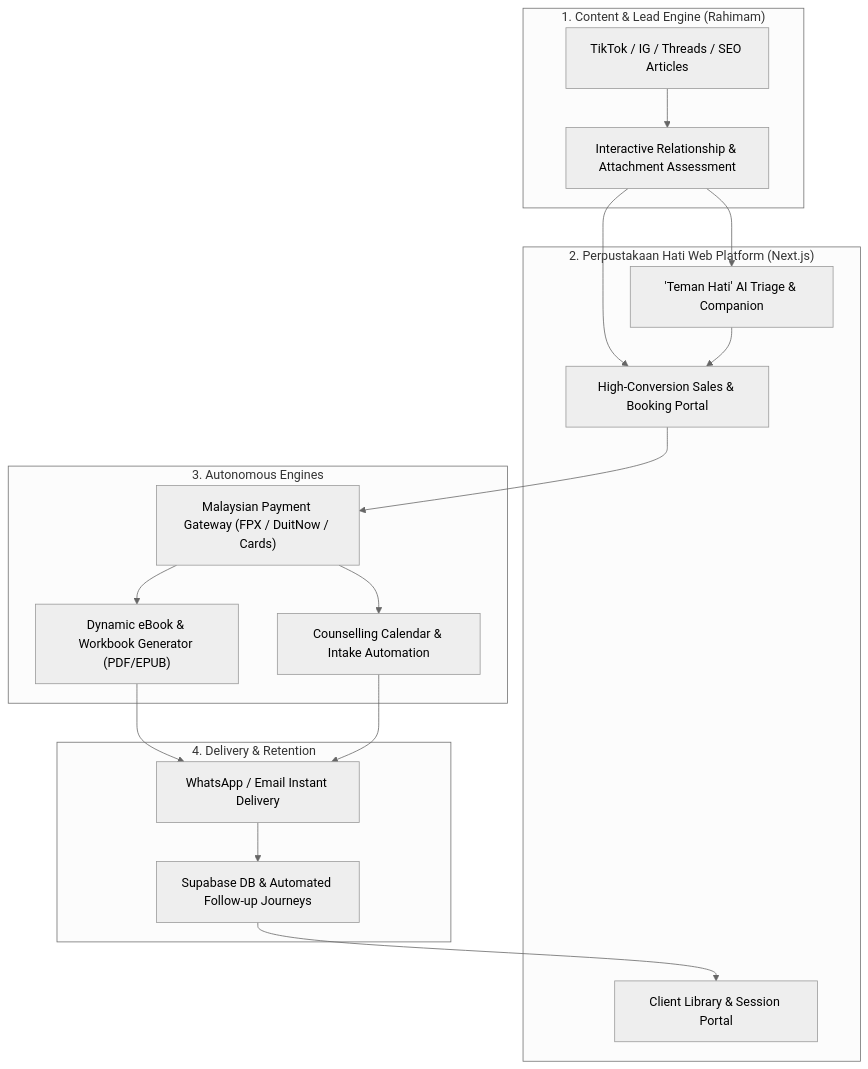
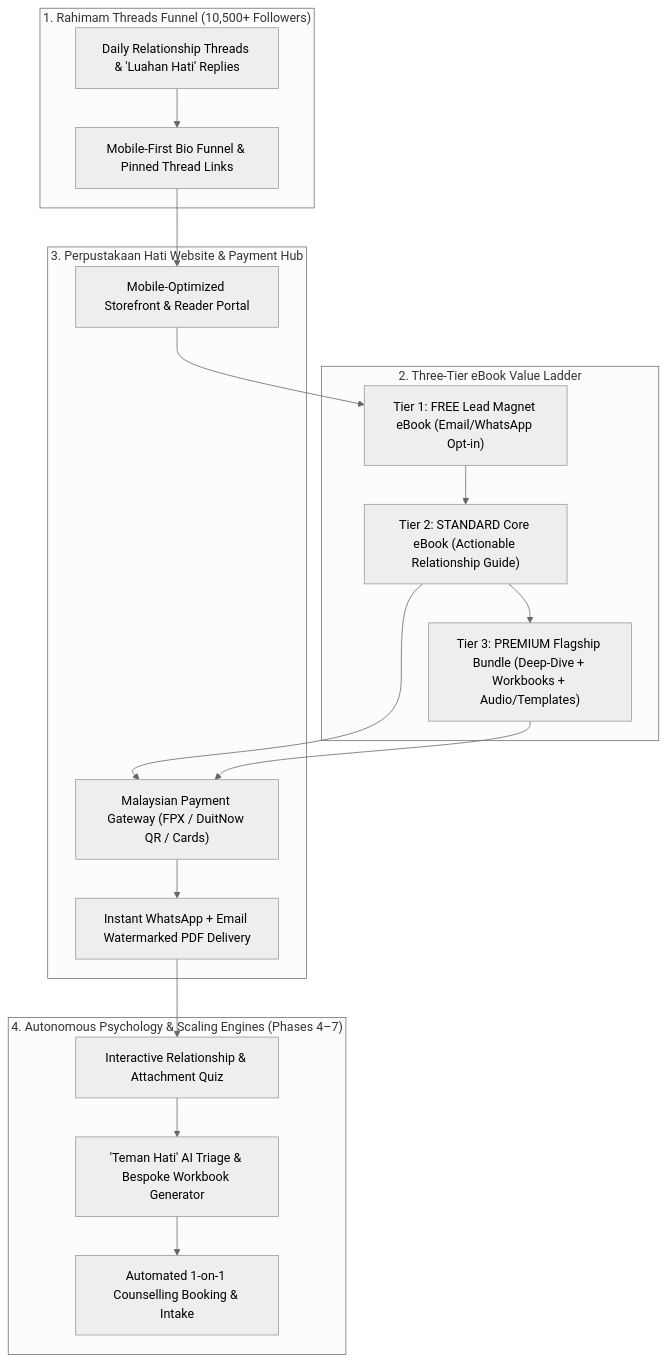
One commit to tradernonymous/perpustakaan_hati changed the diagram in README.md. Above: the diagram before and after it, drawn with Mermaid (neutral theme). The commit also changed other lines of this file, not shown here.

Commit message:
docs(roadmap): refine 7-phase roadmap with 3-tier ebooks and Threads viral events (#2)

````diff
--- a/README.md
+++ b/README.md
@@ -30,36 +34,37 @@
 ```mermaid
 flowchart TD
-    subgraph Acquisition["1. Content & Lead Engine (Rahimam)"]
-        Social["TikTok / IG / Threads / SEO Articles"]
-        Quiz["Interactive Relationship & Attachment Assessment"]
+    subgraph ThreadsEngine["1. Rahimam Threads Funnel (10,500+ Followers)"]
+        ViralThread["Daily Relationship Threads & 'Luahan Hati' Replies"]
+        BioLink["Mobile-First Bio Funnel & Pinned Thread Links"]
     end
 
-    subgraph CorePlatform["2. Perpustakaan Hati Web Platform (Next.js)"]
-        Landing["High-Conversion Sales & Booking Portal"]
-        Chat["'Teman Hati' AI Triage & Companion"]
-        Dashboard["Client Library & Session Portal"]
+    subgraph EbookLadder["2. Three-Tier eBook Value Ladder"]
+        Tier1["Tier 1: FREE Lead Magnet eBook (Email/WhatsApp Opt-in)"]
+        Tier2["Tier 2: STANDARD Core eBook (Actionable Relationship Guide)"]
+        Tier3["Tier 3: PREMIUM Flagship Bundle (Deep-Dive + Workbooks + Audio/Templates)"]
     end
 
-    subgraph Fulfilment["3. Autonomous Engines"]
-        EbookGen["Dynamic eBook & Workbook Generator (PDF/EPUB)"]
-        Booking["Counselling Calendar & Intake Automation"]
-        Payment["Malaysian Payment Gateway (FPX / DuitNow / Cards)"]
+    subgraph WebPlatform["3. Perpustakaan Hati Website & Payment Hub"]
+        Storefront["Mobile-Optimized Storefront & Reader Portal"]
+        Payment["Malaysian Payment Gateway (FPX / DuitNow QR / Cards)"]
+        Delivery["Instant WhatsApp + Email Watermarked PDF Delivery"]
     end
 
-    subgraph Delivery["4. Delivery & Retention"]
-        WA["WhatsApp / Email Instant Delivery"]
-        CRM["Supabase DB & Automated Follow-up Journeys"]
+    subgraph AutonomousScale["4. Autonomous Psychology & Scaling Engines (Phases 4–7)"]
+        Assessment["Interactive Relationship & Attachment Quiz"]
+        AICompanion["'Teman Hati' AI Triage & Bespoke Workbook Generator"]
+        Counselling["Automated 1-on-1 Counselling Booking & Intake"]
     end
 
-    Social --> Quiz
-    Quiz --> Landing
-    Quiz --> Chat
-    Chat --> Landing
-    Landing --> Payment
-    Payment --> EbookGen
-    Payment --> Booking
-    EbookGen --> WA
-    Booking --> WA
-    WA --> CRM
-    CRM --> Dashboard
+    ViralThread --> BioLink
+    BioLink --> Storefront
+    Storefront --> Tier1
+    Tier1 --> Tier2
+    Tier2 --> Tier3
+    Tier2 --> Payment
+    Tier3 --> Payment
+    Payment --> Delivery
+    Delivery --> Assessment
+    Assessment --> AICompanion
+    AICompanion --> Counselling
 ```
````
